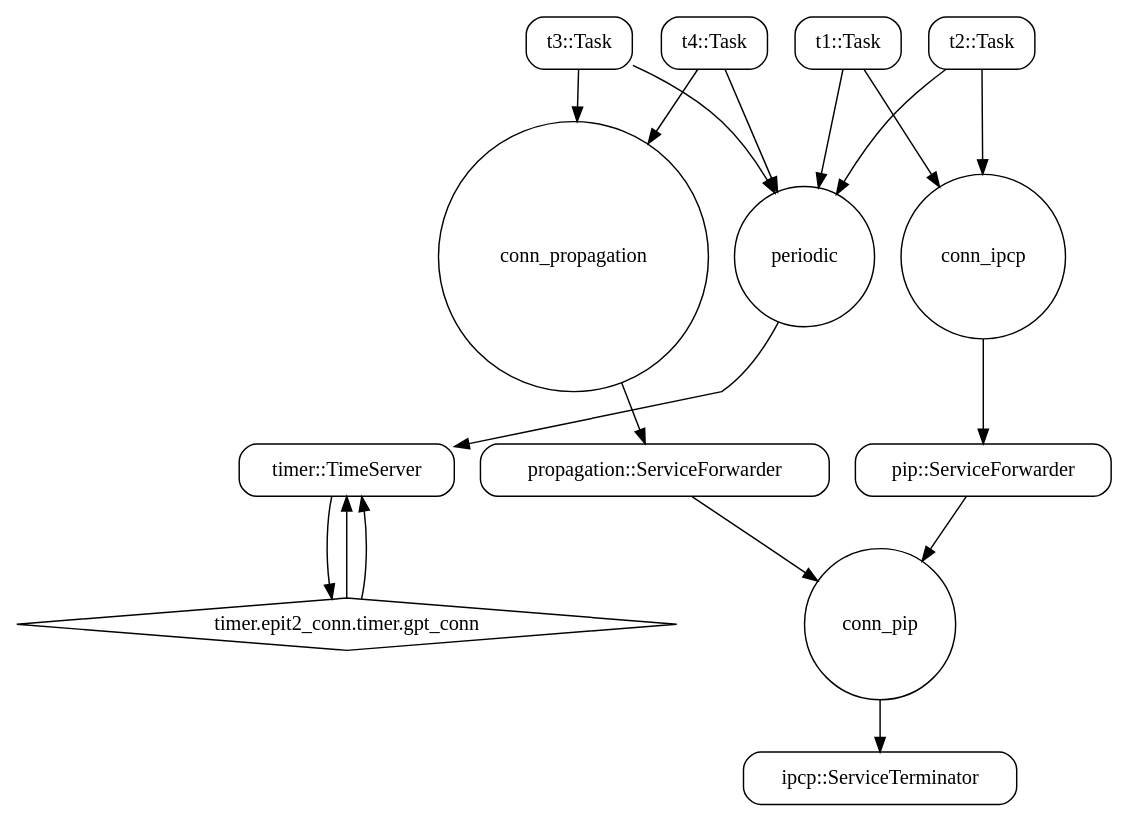
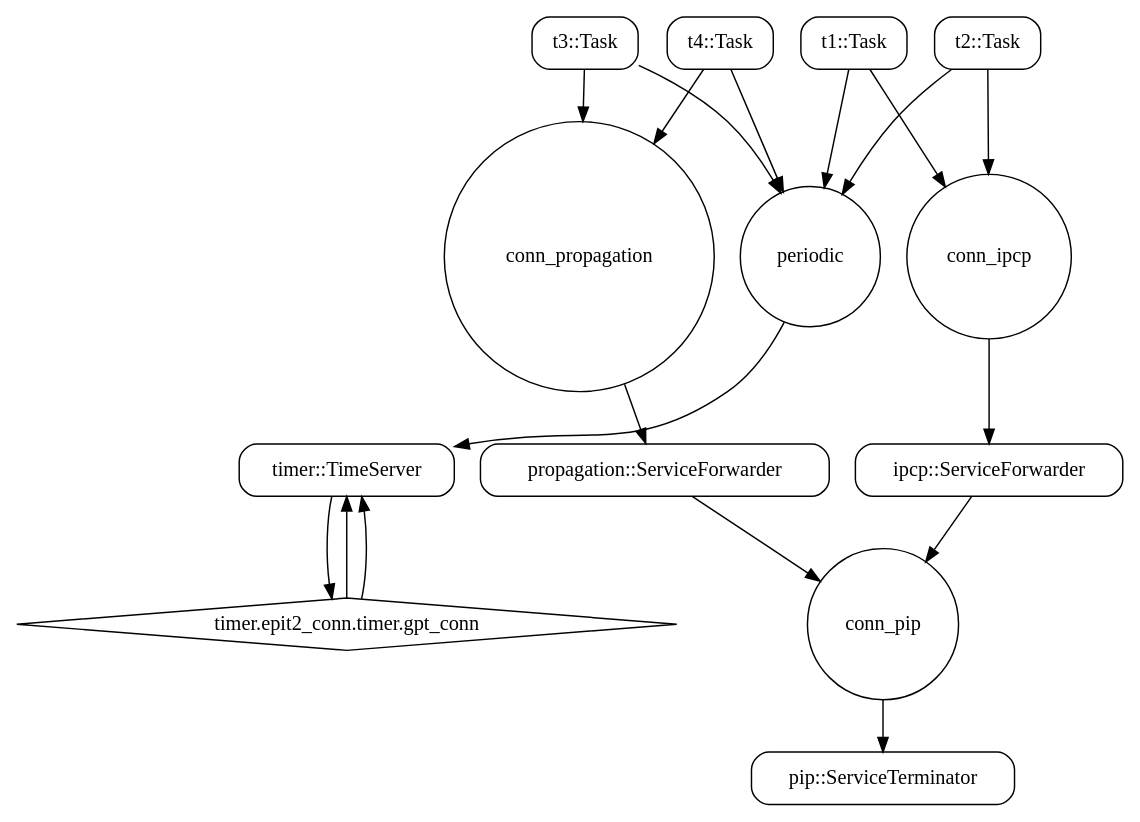
The diagram in TestFiles/ipcp-graph.dot (Jordan-Sun/Camkes-Priority-Parser), drawn with Graphviz before and after one commit. The commit also changed 1 other file, not shown here.

```diff
--- a/TestFiles/ipcp-graph.dot
+++ b/TestFiles/ipcp-graph.dot
@@ -1,84 +1,84 @@
 
 
 digraph {
 
     "timer" [label="timer::TimeServer", shape=box,style=rounded];
 
     "t1" [label="t1::Task", shape=box,style=rounded];
 
     "t2" [label="t2::Task", shape=box,style=rounded];
 
     "t3" [label="t3::Task", shape=box,style=rounded];
 
     "t4" [label="t4::Task", shape=box,style=rounded];
 
-    "ipcp" [label="pip::ServiceForwarder", shape=box,style=rounded];
+    "ipcp" [label="ipcp::ServiceForwarder", shape=box,style=rounded];
 
     "propagation" [label="propagation::ServiceForwarder", shape=box,style=rounded];
 
-    "pip" [label="ipcp::ServiceTerminator", shape=box,style=rounded];
+    "pip" [label="pip::ServiceTerminator", shape=box,style=rounded];
 
 
 
     
         "conn_ipcp" [shape=circle];
         
             "t1" -> "conn_ipcp";
         
             "t2" -> "conn_ipcp";
         
         
             "conn_ipcp" -> "ipcp";
         
 
     
         "conn_propagation" [shape=circle];
         
             "t3" -> "conn_propagation";
         
             "t4" -> "conn_propagation";
         
         
             "conn_propagation" -> "propagation";
         
 
     
         "conn_pip" [shape=circle];
         
             "ipcp" -> "conn_pip";
         
             "propagation" -> "conn_pip";
         
         
             "conn_pip" -> "pip";
     
 
     
         "periodic" [shape=circle];
         
             "t1" -> "periodic";
         
             "t2" -> "periodic";
         
             "t3" -> "periodic";
         
             "t4" -> "periodic";
         
         
             "periodic" -> "timer";
         
     
 
     
         "timer.epit2_conn.timer.gpt_conn" [shape=diamond];
         
             "timer" -> "timer.epit2_conn.timer.gpt_conn";
         
         
             "timer.epit2_conn.timer.gpt_conn" -> "timer";
         
             "timer.epit2_conn.timer.gpt_conn" -> "timer";
         
     
 
 }
```
